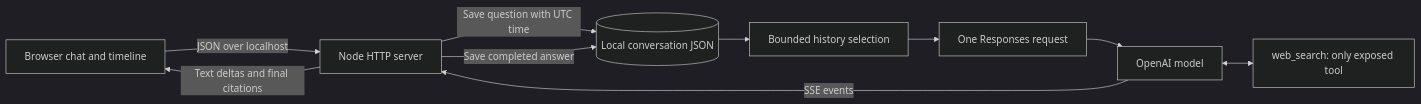
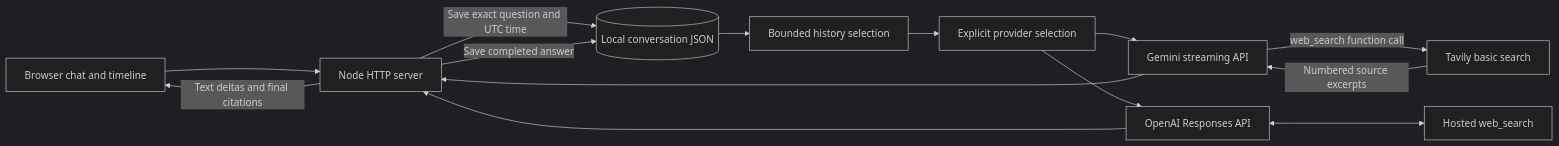
Before and after one commit to BitsToBytes-Saksham/minimi-search-agent: the diagram in design.md, drawn with Mermaid (dark theme). The commit also changed other lines of this file and 9 other files, not shown here.

Commit message:
Add free-tier Gemini and Tavily search with verified timestamp recall

````diff
--- a/design.md
+++ b/design.md
@@ -11,12 +11,16 @@
 ```mermaid
 flowchart LR
-  UI[Browser chat and timeline] -->|JSON over localhost| HTTP[Node HTTP server]
-  HTTP -->|Save question with UTC time| Disk[(Local conversation JSON)]
+  UI[Browser chat and timeline] --> HTTP[Node HTTP server]
+  HTTP -->|Save exact question and UTC time| Disk[(Local conversation JSON)]
   Disk --> Memory[Bounded history selection]
-  Memory --> Request[One Responses request]
-  Request --> Model[OpenAI model]
-  Model <--> Search[web_search: only exposed tool]
-  Model -->|SSE events| HTTP
+  Memory --> Provider[Explicit provider selection]
+  Provider --> Gemini[Gemini streaming API]
+  Gemini -->|web_search function call| Search[Tavily basic search]
+  Search -->|Numbered source excerpts| Gemini
+  Provider --> OpenAI[OpenAI Responses API]
+  OpenAI <--> Hosted[Hosted web_search]
+  Gemini --> HTTP
+  OpenAI --> HTTP
   HTTP -->|Text deltas and final citations| UI
   HTTP -->|Save completed answer| Disk
 ```
````
